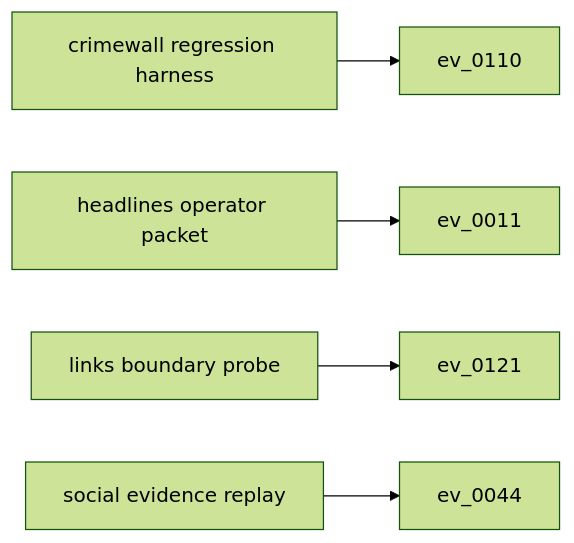
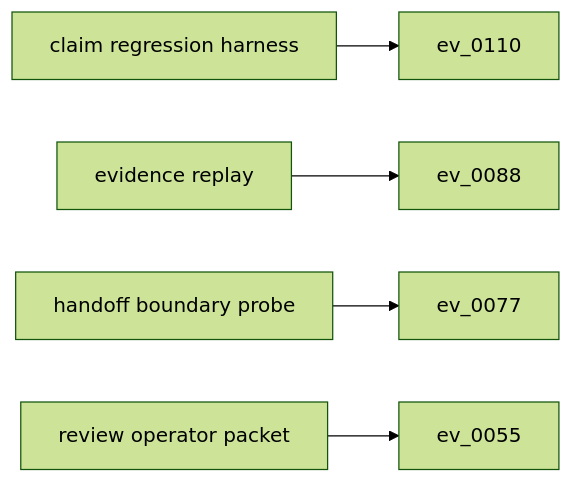
The diagram in outputs/trace_graph.mmd (t7r0n/pivotwise), drawn with Mermaid (forest theme) before and after one commit. The commit also changed 21 other files, not shown here.

```diff
--- a/outputs/trace_graph.mmd
+++ b/outputs/trace_graph.mmd
@@ -1,13 +1,13 @@
 flowchart LR
-  s0["crimewall regression harness"]
+  s0["claim regression harness"]
   e0["ev_0110"]
   s0 --> e0
-  s1["headlines operator packet"]
-  e1["ev_0011"]
+  s1["evidence replay"]
+  e1["ev_0088"]
   s1 --> e1
-  s2["links boundary probe"]
-  e2["ev_0121"]
+  s2["handoff boundary probe"]
+  e2["ev_0077"]
   s2 --> e2
-  s3["social evidence replay"]
-  e3["ev_0044"]
+  s3["review operator packet"]
+  e3["ev_0055"]
   s3 --> e3
```
